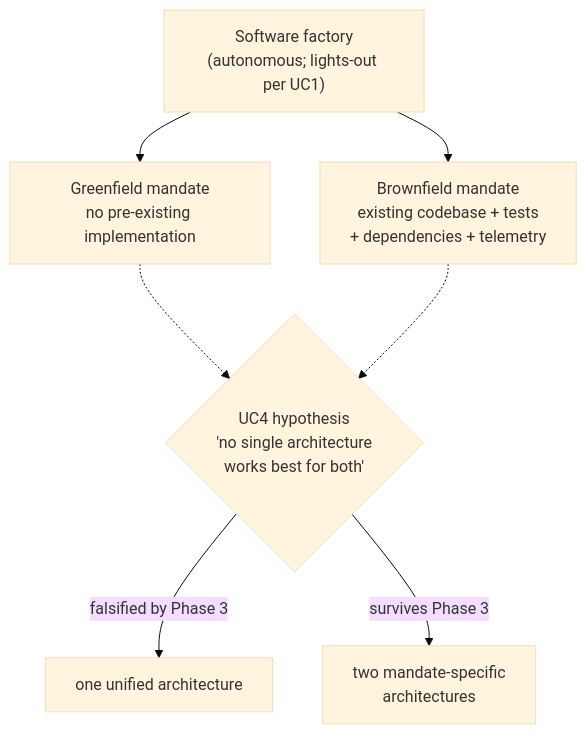
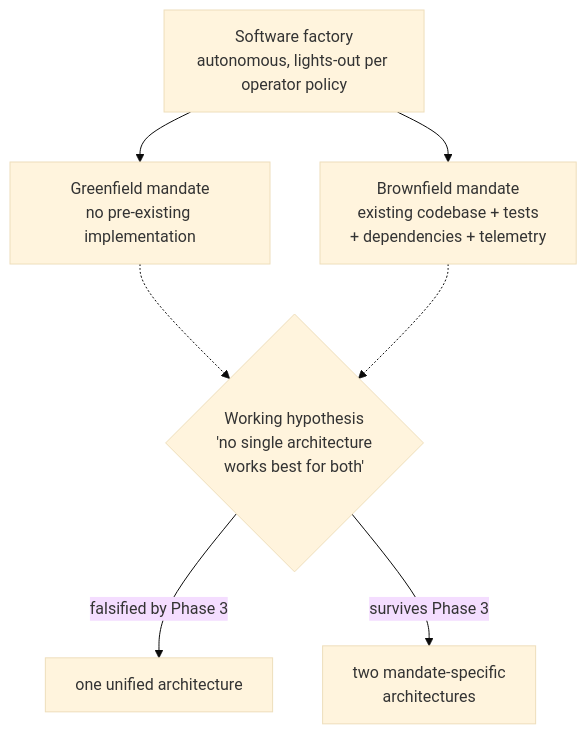
The first of 11 diagrams in research-plan-v3-primer.md (lago-morph/software-factory), drawn with Mermaid (base theme) before and after one commit. The commit also changed other lines of this file, not shown here.

````diff
--- a/research-plan-v3-primer.md
+++ b/research-plan-v3-primer.md
@@ -18,12 +14,12 @@
 ```mermaid
 flowchart TB
-    F["Software factory<br/>(autonomous; lights-out per UC1)"]
+    F["Software factory<br/>autonomous, lights-out per operator policy"]
     F --> GF["Greenfield mandate<br/>no pre-existing implementation"]
     F --> BF["Brownfield mandate<br/>existing codebase + tests<br/>+ dependencies + telemetry"]
 
-    GF -.-> UC4{"UC4 hypothesis<br/>'no single architecture<br/>works best for both'"}
-    BF -.-> UC4
+    GF -.-> H{"Working hypothesis<br/>'no single architecture<br/>works best for both'"}
+    BF -.-> H
 
-    UC4 -->|falsified by Phase 3| ONE["one unified architecture"]
-    UC4 -->|survives Phase 3| TWO["two mandate-specific<br/>architectures"]
+    H -->|falsified by Phase 3| ONE["one unified architecture"]
+    H -->|survives Phase 3| TWO["two mandate-specific<br/>architectures"]
 ```
````
